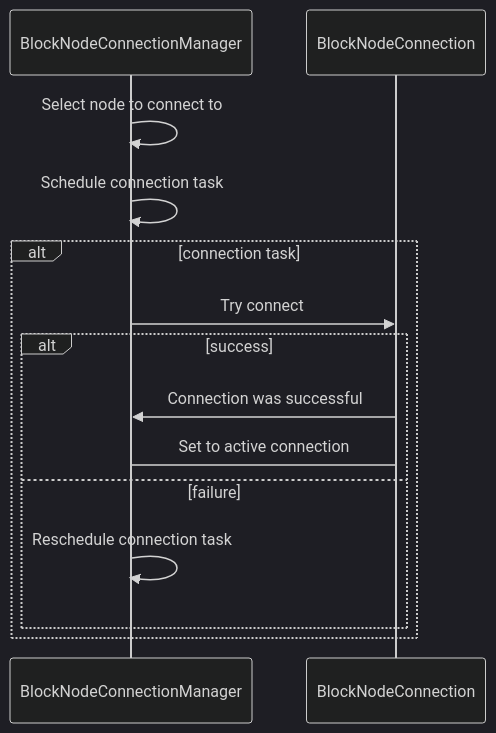
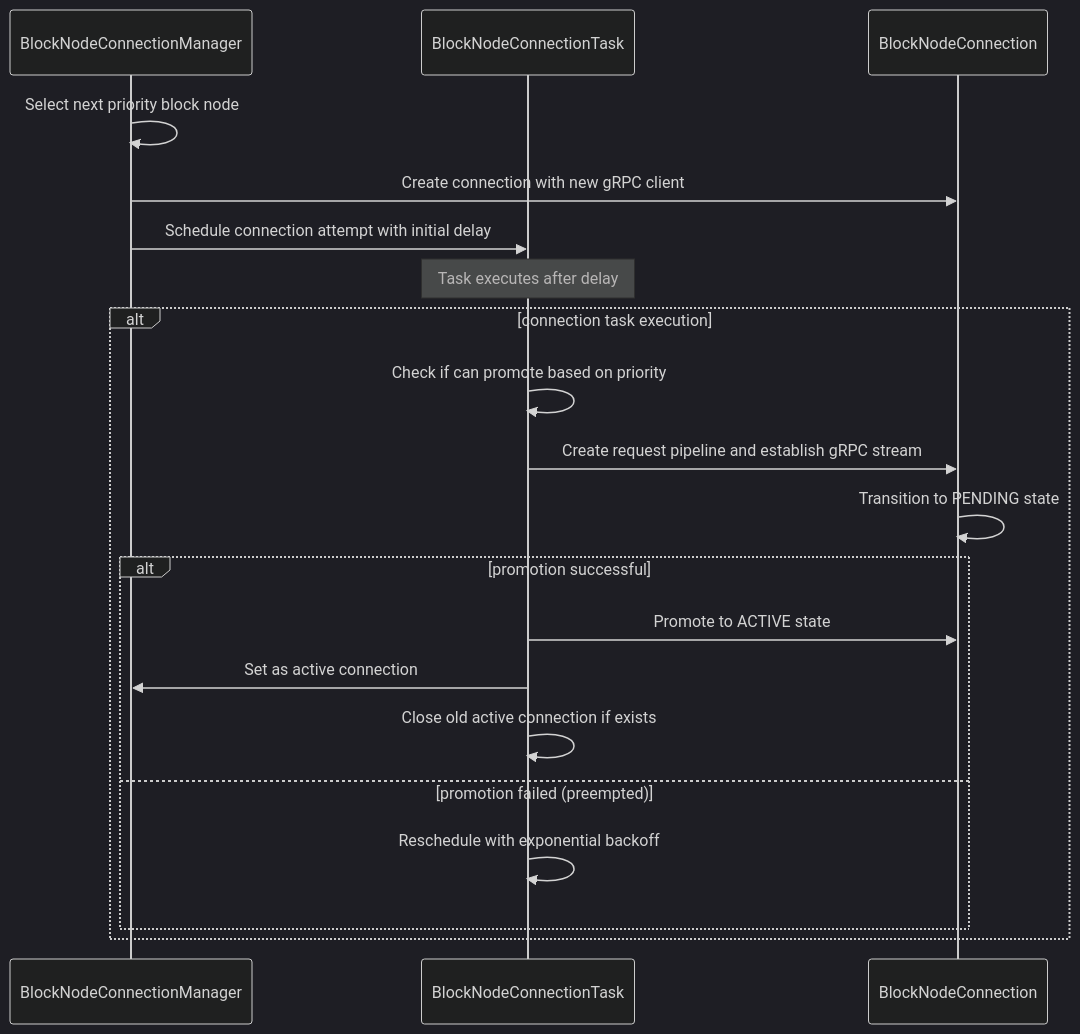
One commit to hiero-ledger/hiero-consensus-node changed the first of 3 diagrams in hedera-node/docs/design/app/blocks/BlockNodeConnectionManager.md. Above: the diagram before and after it, drawn with Mermaid (dark theme). The commit also changed other lines of this file and 1 other file, not shown here.

Commit message:
Update BN connection documentation

````diff
--- a/hedera-node/docs/design/app/blocks/BlockNodeConnectionManager.md
+++ b/hedera-node/docs/design/app/blocks/BlockNodeConnectionManager.md
@@ -55,19 +65,26 @@
 ```mermaid
 sequenceDiagram
     participant Manager as BlockNodeConnectionManager
+    participant Task as BlockNodeConnectionTask
     participant Conn as BlockNodeConnection
 
-    Manager->>Manager: Select node to connect to
-    Manager->>Manager: Schedule connection task
+    Manager->>Manager: Select next priority block node
+    Manager->>Conn: Create connection with new gRPC client
+    Manager->>Task: Schedule connection attempt with initial delay
 
-    alt connection task
-      Manager->>Conn: Try connect
+    Note over Task: Task executes after delay
 
-      alt success
-        Conn->>Manager: Connection was successful
-        Manager->Conn: Set to active connection
-      else failure
-        Manager->>Manager: Reschedule connection task
+    alt connection task execution
+      Task->>Task: Check if can promote based on priority
+      Task->>Conn: Create request pipeline and establish gRPC stream
+      Conn->>Conn: Transition to PENDING state
+
+      alt promotion successful
+        Task->>Conn: Promote to ACTIVE state
+        Task->>Manager: Set as active connection
+        Task->>Task: Close old active connection if exists
+      else promotion failed (preempted)
+        Task->>Task: Reschedule with exponential backoff
       end
     end
 ```
````
